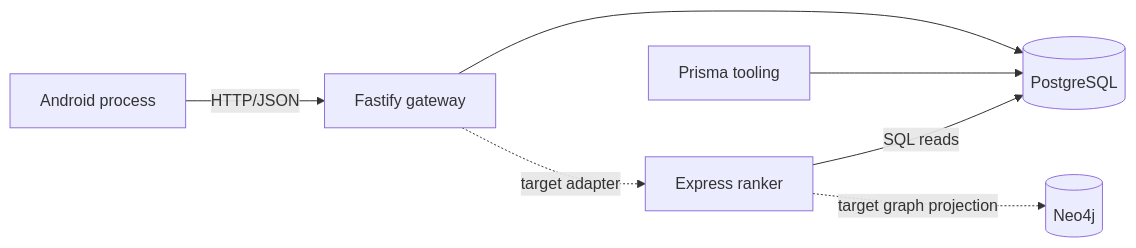
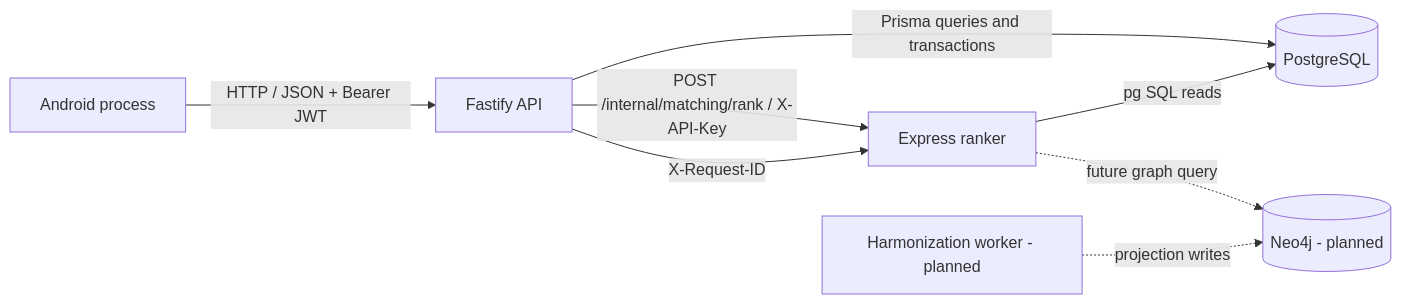
The fourth of 14 diagrams in docs/design/SAD.md (bhsei/26A), drawn with Mermaid before and after one commit. The commit also changed other lines of this file, not shown here.

First line of the commit message:
W10 - SAD design v1.0; add AdoptAJob Software Architecture Document

````diff
--- a/docs/design/SAD.md
+++ b/docs/design/SAD.md
@@ -516,9 +541,10 @@
 ```mermaid
 flowchart LR
-    A[Android process] -- HTTP/JSON --> F[Fastify gateway]
-    F --> P[(PostgreSQL)]
-    F -. target adapter .-> E[Express ranker]
-    E -- SQL reads --> P
-    E -. target graph projection .-> N[(Neo4j)]
-    PR[Prisma tooling] --> P
+    A[Android process] -- HTTP / JSON + Bearer JWT --> F[Fastify API]
+    F -- Prisma queries and transactions --> P[(PostgreSQL)]
+    F -- POST /internal/matching/rank / X-API-Key --> E[Express ranker]
+    F -- X-Request-ID --> E
+    E -- pg SQL reads --> P
+    E -. future graph query .-> N[(Neo4j - planned)]
+    H[Harmonization worker - planned] -. projection writes .-> N
 ```
````
